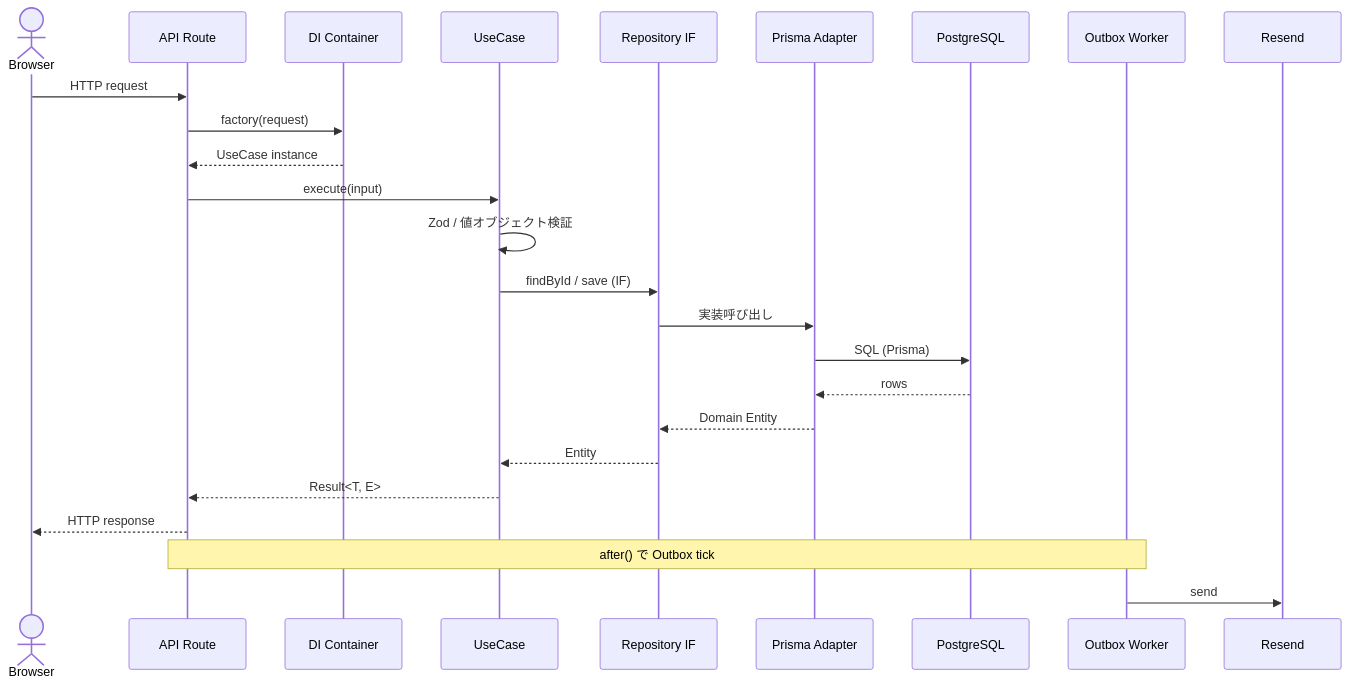
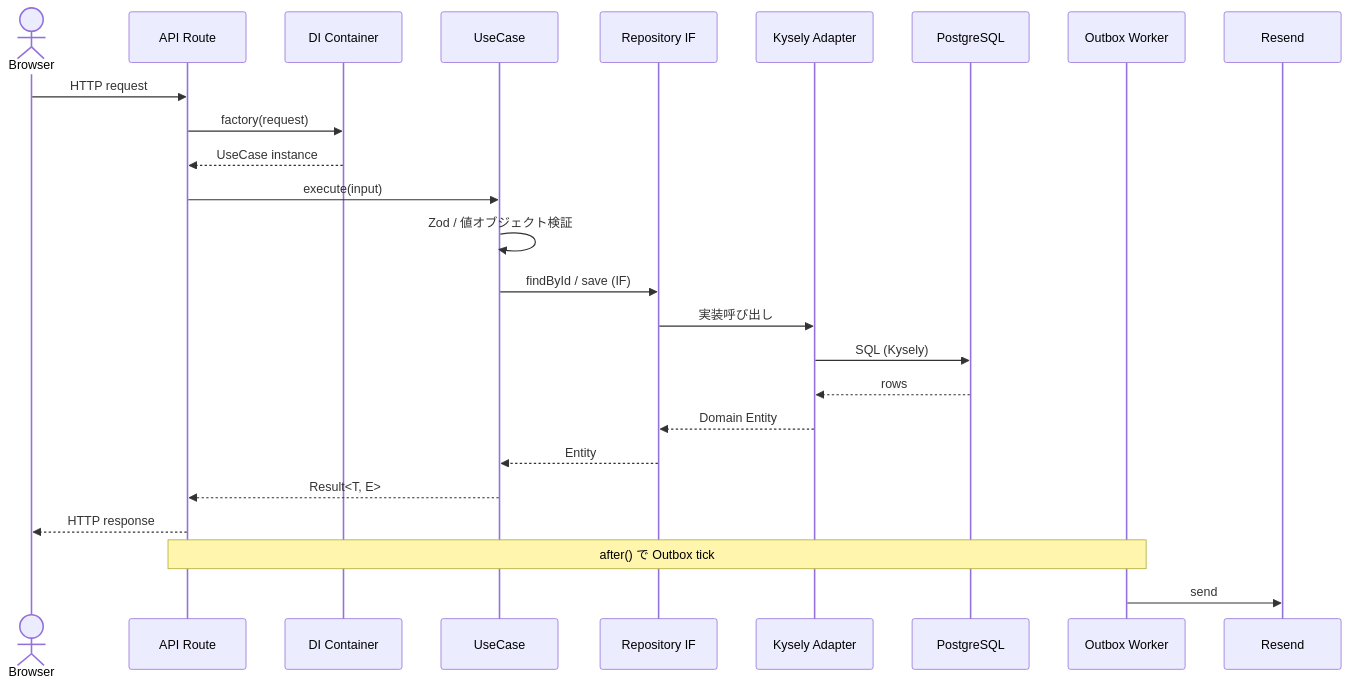
One commit to Physicalfunding/PhysiFun changed the fifth of 8 diagrams in docs/specs/01_system-architecture.md. Above: the diagram before and after it, drawn with Mermaid. The commit also changed other lines of this file and 27 other files, not shown here.

````diff
--- a/docs/specs/01_system-architecture.md
+++ b/docs/specs/01_system-architecture.md
@@ -201,28 +263,28 @@
 ```mermaid
 sequenceDiagram
     actor Client as Browser
     participant Route as API Route
     participant DI as DI Container
     participant UC as UseCase
     participant Repo as Repository IF
-    participant Adapter as Prisma Adapter
+    participant Adapter as Kysely Adapter
     participant DB as PostgreSQL
     participant Outbox as Outbox Worker
     participant Mail as Resend
 
     Client->>Route: HTTP request
     Route->>DI: factory(request)
     DI-->>Route: UseCase instance
     Route->>UC: execute(input)
     UC->>UC: Zod / 値オブジェクト検証
     UC->>Repo: findById / save (IF)
     Repo->>Adapter: 実装呼び出し
-    Adapter->>DB: SQL (Prisma)
+    Adapter->>DB: SQL (Kysely)
     DB-->>Adapter: rows
     Adapter-->>Repo: Domain Entity
     Repo-->>UC: Entity
     UC-->>Route: Result<T, E>
     Route-->>Client: HTTP response
     Note over Route,Outbox: after() で Outbox tick
     Outbox->>Mail: send
 ```
````
